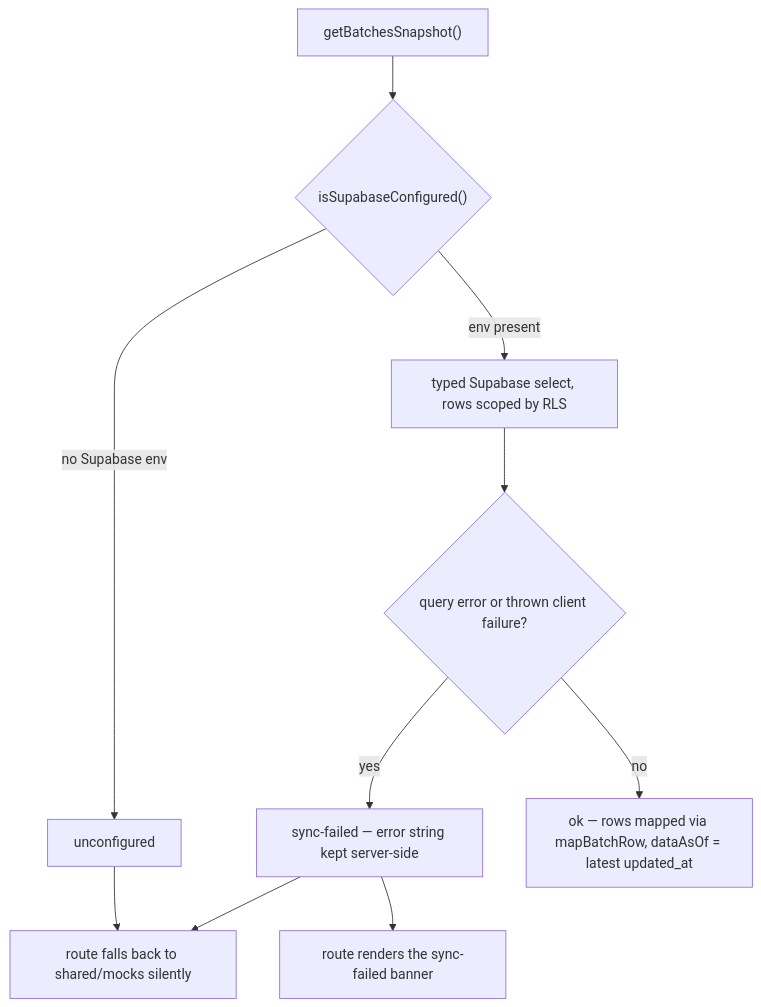
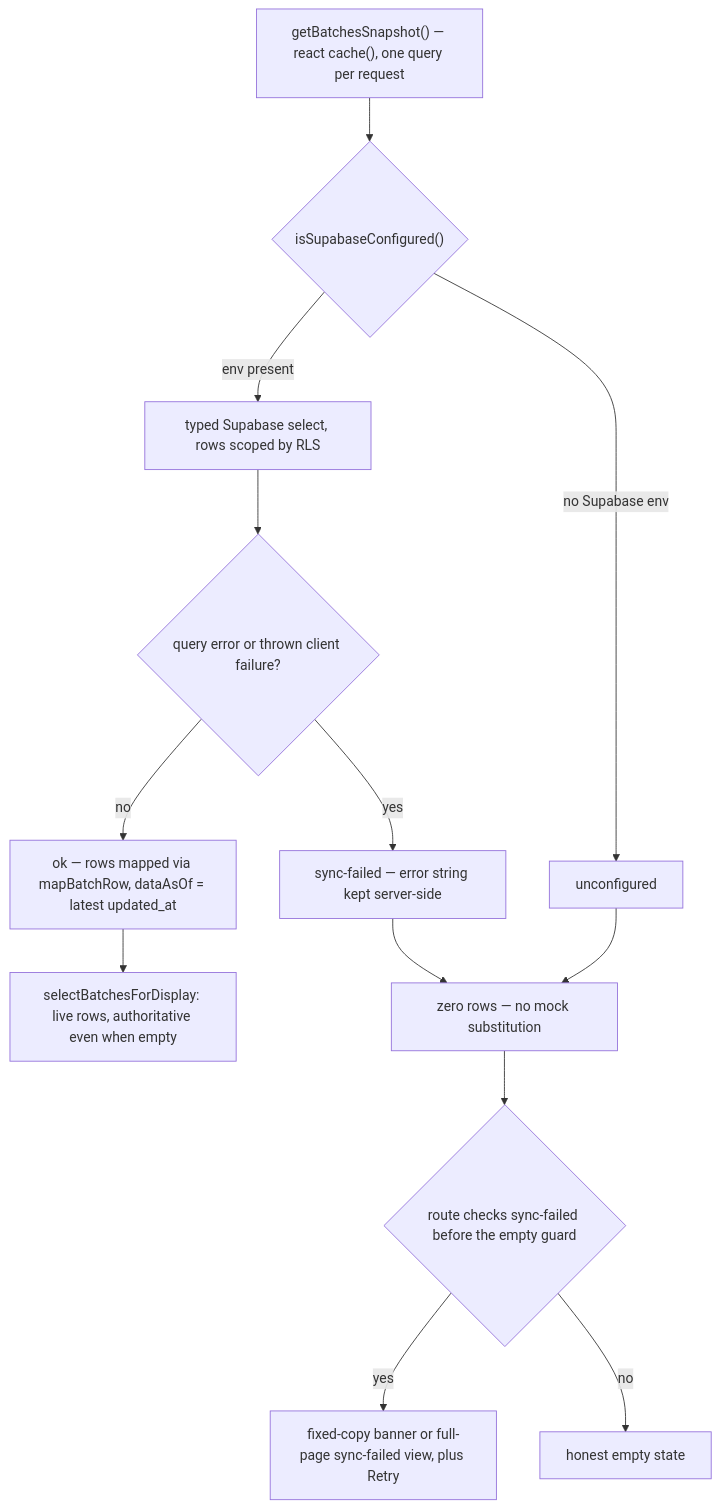
The second of 2 diagrams in openwiki/architecture/module-boundaries-and-data-pattern.md (shuakyle21/tesda-compliance-manager), drawn with Mermaid before and after one commit. The commit also changed other lines of this file and 5 other files, not shown here.

````diff
--- a/openwiki/architecture/module-boundaries-and-data-pattern.md
+++ b/openwiki/architecture/module-boundaries-and-data-pattern.md
@@ -160,12 +222,15 @@
 ```mermaid
 flowchart TD
-    F["getBatchesSnapshot()"] --> C{"isSupabaseConfigured()"}
+    F["getBatchesSnapshot() — react cache(), one query per request"] --> C{"isSupabaseConfigured()"}
     C -- "no Supabase env" --> U["unconfigured"]
     C -- "env present" --> Q["typed Supabase select, rows scoped by RLS"]
     Q --> E{"query error or thrown client failure?"}
     E -- "yes" --> SF["sync-failed — error string kept server-side"]
     E -- "no" --> OK["ok — rows mapped via mapBatchRow, dataAsOf = latest updated_at"]
-    U --> FB["route falls back to shared/mocks silently"]
-    SF --> FB
-    SF --> BN["route renders the sync-failed banner"]
+    OK --> SEL["selectBatchesForDisplay: live rows, authoritative even when empty"]
+    SF --> NONE["zero rows — no mock substitution"]
+    U --> NONE
+    NONE --> ORD{"route checks sync-failed before the empty guard"}
+    ORD -- "yes" --> BN["fixed-copy banner or full-page sync-failed view, plus Retry"]
+    ORD -- "no" --> EV["honest empty state"]
 ```
````
